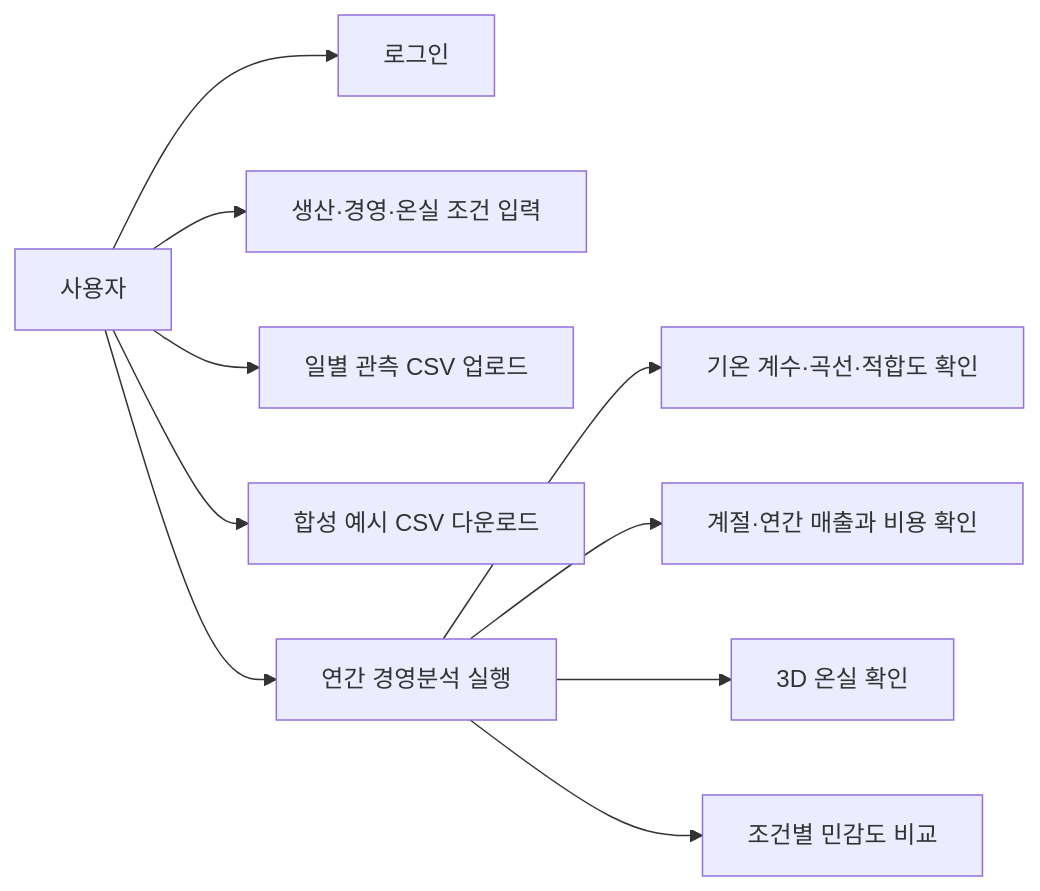
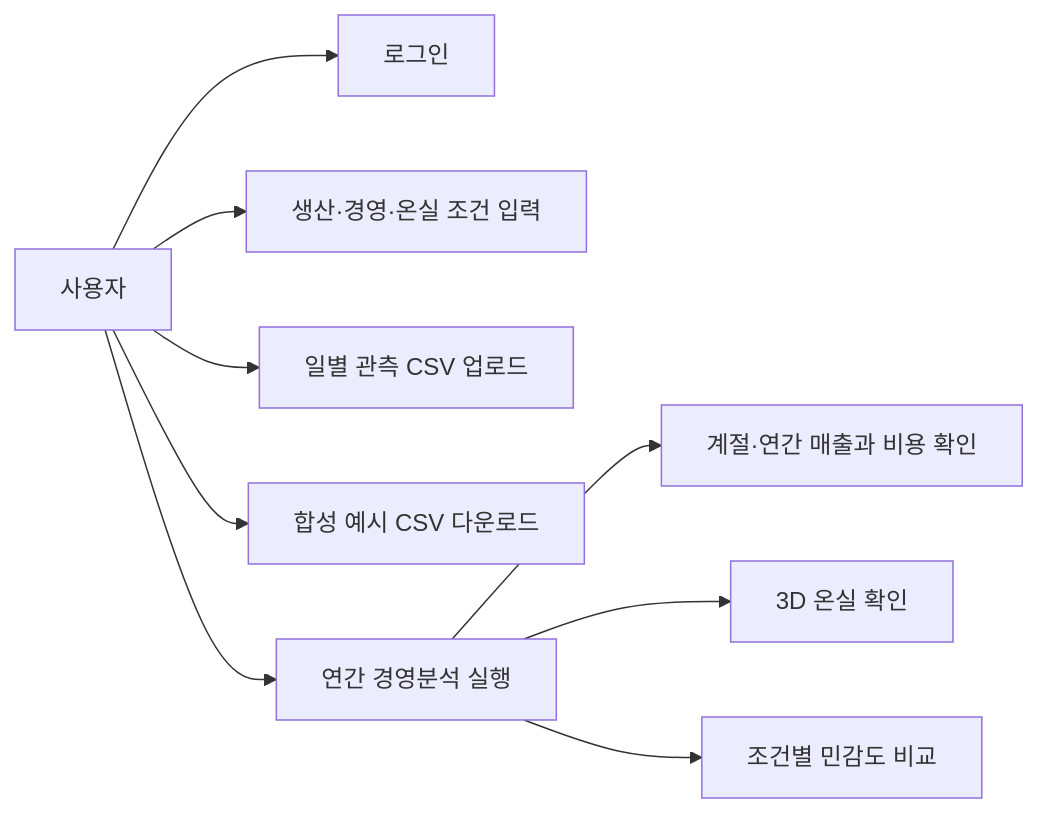
Before and after one commit to kuk-jong/fig-heating-decision-app: the first of 5 diagrams in releases/v0.5/docs/APP_BLUEPRINT.md, drawn with Mermaid. The commit also changed other lines of this file and 7 other files, not shown here.

````diff
--- a/releases/v0.5/docs/APP_BLUEPRINT.md
+++ b/releases/v0.5/docs/APP_BLUEPRINT.md
@@ -45,12 +45,11 @@
 ```mermaid
 flowchart LR
     user["사용자"] --> login["로그인"]
     user --> inputFarm["생산·경영·온실 조건 입력"]
     user --> uploadCsv["일별 관측 CSV 업로드"]
     user --> sample["합성 예시 CSV 다운로드"]
     user --> analyze["연간 경영분석 실행"]
-    analyze --> curve["기온 계수·곡선·적합도 확인"]
     analyze --> income["계절·연간 매출과 비용 확인"]
     analyze --> view["3D 온실 확인"]
     analyze --> sensitivity["조건별 민감도 비교"]
 ```
````
